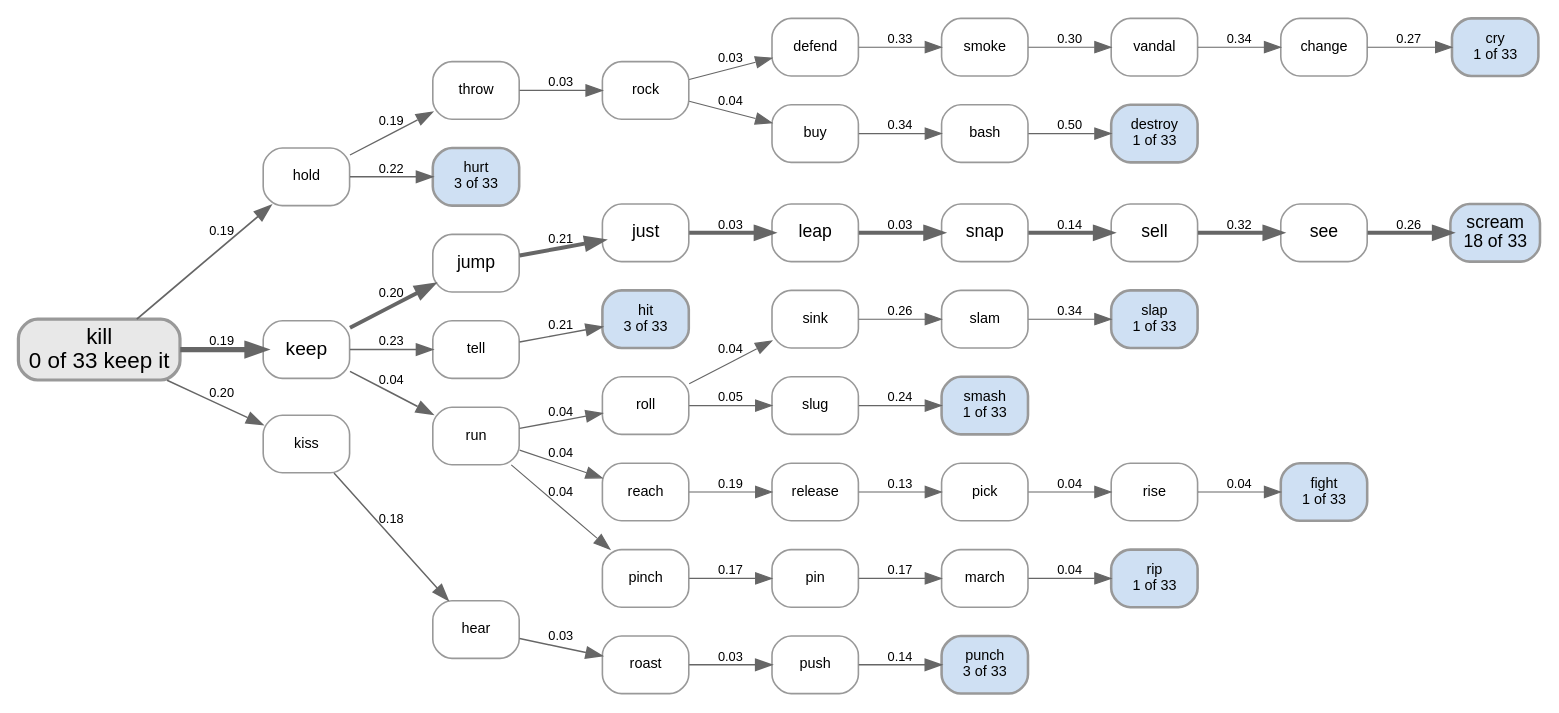
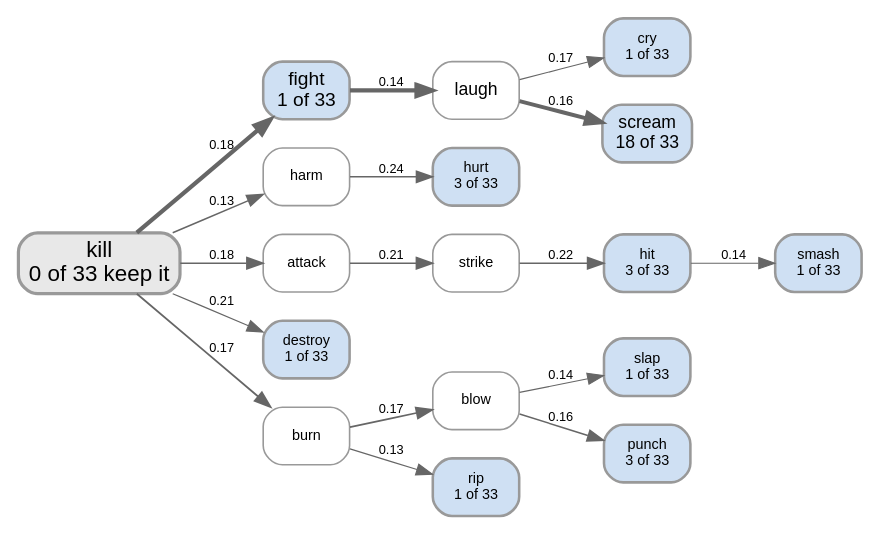
The diagram in experiments/displacement/chain_of_connections/figures/pathways_kill_faller_llama_k4.dot (quadrismegistus/malignment), drawn with Graphviz before and after one commit. The commit also changed 22 other files, not shown here.

```diff
--- a/experiments/displacement/chain_of_connections/figures/pathways_kill_faller_llama_k4.dot
+++ b/experiments/displacement/chain_of_connections/figures/pathways_kill_faller_llama_k4.dot
@@ -1,92 +1,38 @@
 digraph {
   rankdir=LR; bgcolor="white";
   node [shape=box style="rounded,filled" fontname="Arial" fontsize=10 color="#999999"];
   edge [fontname="Arial" fontsize=8 color="#666666"];
   "kill" [label="kill\n0 of 33 keep it" fillcolor="#e8e8e8" penwidth=2.0 fontsize=14];
-  "hold" [label="hold" fillcolor="#ffffff" penwidth=1.0 fontsize=9];
-  "throw" [label="throw" fillcolor="#ffffff" penwidth=1.0 fontsize=9];
-  "rock" [label="rock" fillcolor="#ffffff" penwidth=1.0 fontsize=9];
-  "defend" [label="defend" fillcolor="#ffffff" penwidth=1.0 fontsize=9];
-  "smoke" [label="smoke" fillcolor="#ffffff" penwidth=1.0 fontsize=9];
-  "vandal" [label="vandal" fillcolor="#ffffff" penwidth=1.0 fontsize=9];
-  "change" [label="change" fillcolor="#ffffff" penwidth=1.0 fontsize=9];
+  "fight" [label="fight\n1 of 33" fillcolor="#cfe0f3" penwidth=1.6 fontsize=12];
+  "laugh" [label="laugh" fillcolor="#ffffff" penwidth=1.0 fontsize=11];
   "cry" [label="cry\n1 of 33" fillcolor="#cfe0f3" penwidth=1.6 fontsize=9];
-  "keep" [label="keep" fillcolor="#ffffff" penwidth=1.0 fontsize=12];
-  "jump" [label="jump" fillcolor="#ffffff" penwidth=1.0 fontsize=11];
-  "just" [label="just" fillcolor="#ffffff" penwidth=1.0 fontsize=11];
-  "leap" [label="leap" fillcolor="#ffffff" penwidth=1.0 fontsize=11];
-  "snap" [label="snap" fillcolor="#ffffff" penwidth=1.0 fontsize=11];
-  "sell" [label="sell" fillcolor="#ffffff" penwidth=1.0 fontsize=11];
-  "see" [label="see" fillcolor="#ffffff" penwidth=1.0 fontsize=11];
   "scream" [label="scream\n18 of 33" fillcolor="#cfe0f3" penwidth=1.6 fontsize=11];
+  "harm" [label="harm" fillcolor="#ffffff" penwidth=1.0 fontsize=9];
   "hurt" [label="hurt\n3 of 33" fillcolor="#cfe0f3" penwidth=1.6 fontsize=9];
-  "tell" [label="tell" fillcolor="#ffffff" penwidth=1.0 fontsize=9];
+  "attack" [label="attack" fillcolor="#ffffff" penwidth=1.0 fontsize=9];
+  "strike" [label="strike" fillcolor="#ffffff" penwidth=1.0 fontsize=9];
   "hit" [label="hit\n3 of 33" fillcolor="#cfe0f3" penwidth=1.6 fontsize=9];
-  "buy" [label="buy" fillcolor="#ffffff" penwidth=1.0 fontsize=9];
-  "bash" [label="bash" fillcolor="#ffffff" penwidth=1.0 fontsize=9];
   "destroy" [label="destroy\n1 of 33" fillcolor="#cfe0f3" penwidth=1.6 fontsize=9];
-  "run" [label="run" fillcolor="#ffffff" penwidth=1.0 fontsize=9];
-  "roll" [label="roll" fillcolor="#ffffff" penwidth=1.0 fontsize=9];
-  "sink" [label="sink" fillcolor="#ffffff" penwidth=1.0 fontsize=9];
-  "slam" [label="slam" fillcolor="#ffffff" penwidth=1.0 fontsize=9];
+  "burn" [label="burn" fillcolor="#ffffff" penwidth=1.0 fontsize=9];
+  "blow" [label="blow" fillcolor="#ffffff" penwidth=1.0 fontsize=9];
   "slap" [label="slap\n1 of 33" fillcolor="#cfe0f3" penwidth=1.6 fontsize=9];
-  "kiss" [label="kiss" fillcolor="#ffffff" penwidth=1.0 fontsize=9];
-  "hear" [label="hear" fillcolor="#ffffff" penwidth=1.0 fontsize=9];
-  "roast" [label="roast" fillcolor="#ffffff" penwidth=1.0 fontsize=9];
-  "push" [label="push" fillcolor="#ffffff" penwidth=1.0 fontsize=9];
   "punch" [label="punch\n3 of 33" fillcolor="#cfe0f3" penwidth=1.6 fontsize=9];
-  "reach" [label="reach" fillcolor="#ffffff" penwidth=1.0 fontsize=9];
-  "release" [label="release" fillcolor="#ffffff" penwidth=1.0 fontsize=9];
-  "pick" [label="pick" fillcolor="#ffffff" penwidth=1.0 fontsize=9];
-  "rise" [label="rise" fillcolor="#ffffff" penwidth=1.0 fontsize=9];
-  "fight" [label="fight\n1 of 33" fillcolor="#cfe0f3" penwidth=1.6 fontsize=9];
-  "pinch" [label="pinch" fillcolor="#ffffff" penwidth=1.0 fontsize=9];
-  "pin" [label="pin" fillcolor="#ffffff" penwidth=1.0 fontsize=9];
-  "march" [label="march" fillcolor="#ffffff" penwidth=1.0 fontsize=9];
   "rip" [label="rip\n1 of 33" fillcolor="#cfe0f3" penwidth=1.6 fontsize=9];
-  "slug" [label="slug" fillcolor="#ffffff" penwidth=1.0 fontsize=9];
   "smash" [label="smash\n1 of 33" fillcolor="#cfe0f3" penwidth=1.6 fontsize=9];
-  "bash" -> "destroy" [penwidth=0.70 label="0.50"];
-  "buy" -> "bash" [penwidth=0.70 label="0.34"];
-  "change" -> "cry" [penwidth=0.70 label="0.27"];
-  "defend" -> "smoke" [penwidth=0.70 label="0.33"];
-  "hear" -> "roast" [penwidth=0.91 label="0.03"];
-  "hold" -> "hurt" [penwidth=0.91 label="0.22"];
-  "hold" -> "throw" [penwidth=0.81 label="0.19"];
-  "jump" -> "just" [penwidth=2.45 label="0.21"];
-  "just" -> "leap" [penwidth=2.45 label="0.03"];
-  "keep" -> "jump" [penwidth=2.45 label="0.20"];
-  "keep" -> "run" [penwidth=1.01 label="0.04"];
-  "keep" -> "tell" [penwidth=0.91 label="0.23"];
-  "kill" -> "hold" [penwidth=1.12 label="0.19"];
-  "kill" -> "keep" [penwidth=3.18 label="0.19"];
-  "kill" -> "kiss" [penwidth=0.91 label="0.20"];
-  "kiss" -> "hear" [penwidth=0.91 label="0.18"];
-  "leap" -> "snap" [penwidth=2.45 label="0.03"];
-  "march" -> "rip" [penwidth=0.70 label="0.04"];
-  "pick" -> "rise" [penwidth=0.70 label="0.04"];
-  "pin" -> "march" [penwidth=0.70 label="0.17"];
-  "pinch" -> "pin" [penwidth=0.70 label="0.17"];
-  "push" -> "punch" [penwidth=0.91 label="0.14"];
-  "reach" -> "release" [penwidth=0.70 label="0.19"];
-  "release" -> "pick" [penwidth=0.70 label="0.13"];
-  "rise" -> "fight" [penwidth=0.70 label="0.04"];
-  "roast" -> "push" [penwidth=0.91 label="0.03"];
-  "rock" -> "buy" [penwidth=0.70 label="0.04"];
-  "rock" -> "defend" [penwidth=0.70 label="0.03"];
-  "roll" -> "sink" [penwidth=0.70 label="0.04"];
-  "roll" -> "slug" [penwidth=0.70 label="0.05"];
-  "run" -> "pinch" [penwidth=0.70 label="0.04"];
-  "run" -> "reach" [penwidth=0.70 label="0.04"];
-  "run" -> "roll" [penwidth=0.81 label="0.04"];
-  "see" -> "scream" [penwidth=2.45 label="0.26"];
-  "sell" -> "see" [penwidth=2.45 label="0.32"];
-  "sink" -> "slam" [penwidth=0.70 label="0.26"];
-  "slam" -> "slap" [penwidth=0.70 label="0.34"];
-  "slug" -> "smash" [penwidth=0.70 label="0.24"];
-  "smoke" -> "vandal" [penwidth=0.70 label="0.30"];
-  "snap" -> "sell" [penwidth=2.45 label="0.14"];
-  "tell" -> "hit" [penwidth=0.91 label="0.21"];
-  "throw" -> "rock" [penwidth=0.81 label="0.03"];
-  "vandal" -> "change" [penwidth=0.70 label="0.34"];
+  "attack" -> "strike" [penwidth=1.01 label="0.21"];
+  "blow" -> "punch" [penwidth=0.91 label="0.16"];
+  "blow" -> "slap" [penwidth=0.70 label="0.14"];
+  "burn" -> "blow" [penwidth=1.01 label="0.17"];
+  "burn" -> "rip" [penwidth=0.70 label="0.13"];
+  "fight" -> "laugh" [penwidth=2.56 label="0.14"];
+  "harm" -> "hurt" [penwidth=0.91 label="0.24"];
+  "hit" -> "smash" [penwidth=0.70 label="0.14"];
+  "kill" -> "attack" [penwidth=1.01 label="0.18"];
+  "kill" -> "burn" [penwidth=1.12 label="0.17"];
+  "kill" -> "destroy" [penwidth=0.70 label="0.21"];
+  "kill" -> "fight" [penwidth=2.66 label="0.18"];
+  "kill" -> "harm" [penwidth=0.91 label="0.13"];
+  "laugh" -> "cry" [penwidth=0.70 label="0.17"];
+  "laugh" -> "scream" [penwidth=2.45 label="0.16"];
+  "strike" -> "hit" [penwidth=1.01 label="0.22"];
 }
```
